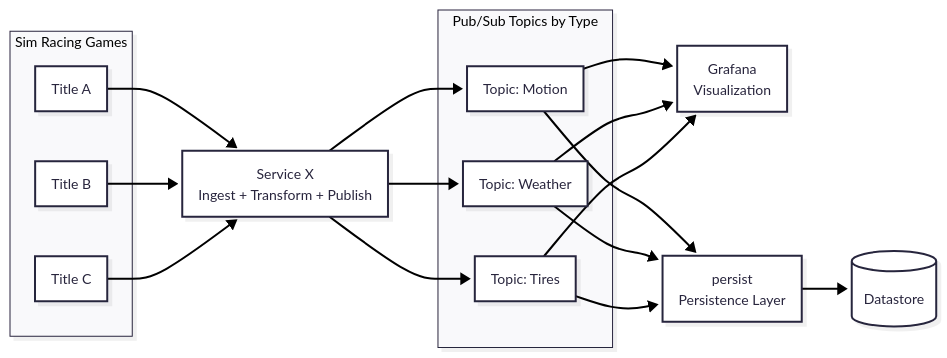
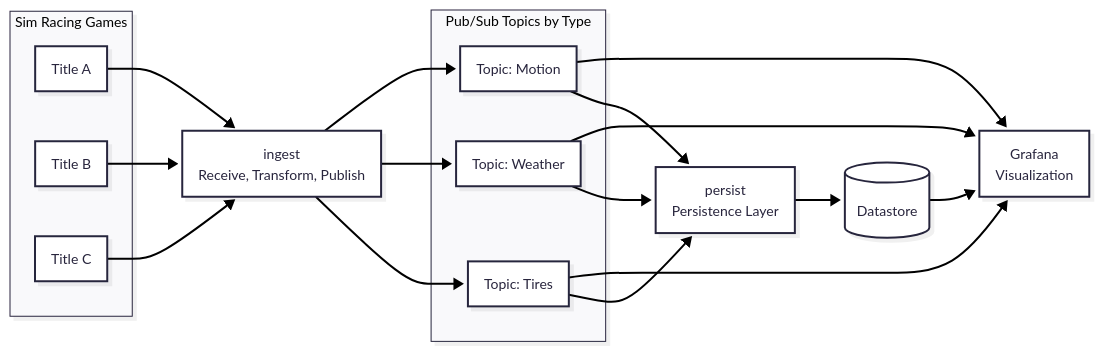
One commit to Isnor/formulatel changed the diagram in readme.md. Above: the diagram before and after it, drawn with Mermaid.

Commit message:
chore: readme diagram improvement

````diff
--- a/readme.md
+++ b/readme.md
@@ -13,35 +13,36 @@
 ```mermaid
 ---
 config:
   theme: redux
   look: neo
 ---
 flowchart LR
   subgraph Sources [Sim Racing Games]
     T1[Title A]
     T2[Title B]
     TN[Title C]
   end
-  X[Service X<br/>Ingest + Transform + Publish]
+  X[ingest<br/>Receive, Transform, Publish]
   subgraph PubSub [Pub/Sub Topics by Type]
     TypeA[Topic: Motion]
     TypeB[Topic: Weather]
     TypeN[Topic: Tires]
   end
   G[Grafana<br/>Visualization]
   Y[persist<br/>Persistence Layer]
   DB[(Datastore)]
   T1 --> X
   T2 --> X
   TN --> X
   X --> TypeA
   X --> TypeB
   X --> TypeN
   TypeA --> G
   TypeB --> G
   TypeN --> G
   TypeA --> Y
   TypeB --> Y
   TypeN --> Y
   Y --> DB
+  DB --> G
 ```
````
